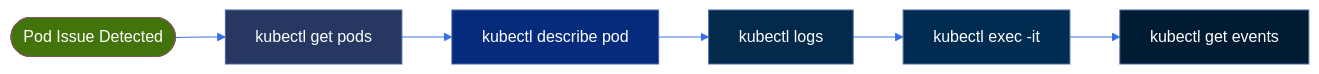
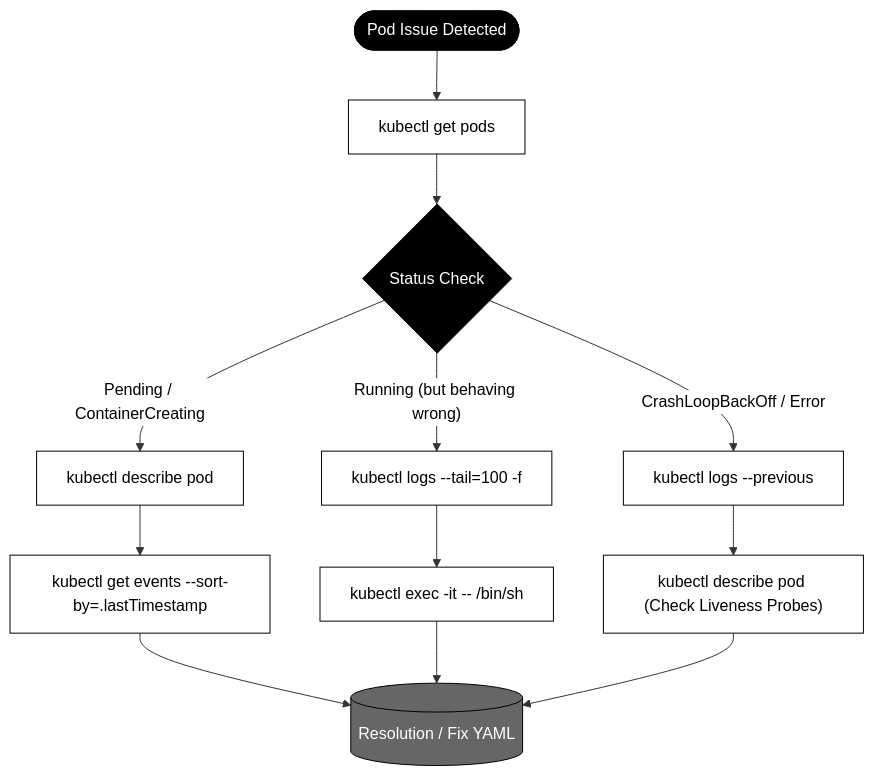
One commit to Aravind-devops-1/devops_ganesh changed the diagram in 02-pods-fundamentals/2.9_pod-debugging-basics.md. Above: the diagram before and after it, drawn with Mermaid.

````diff
--- a/02-pods-fundamentals/2.9_pod-debugging-basics.md
+++ b/02-pods-fundamentals/2.9_pod-debugging-basics.md
@@ -173,21 +173,28 @@
 ```mermaid
-%%{init: {'theme': 'base', 'themeVariables': { 'curve': 'basis', 'primaryColor': '#376ee6ff', 'lineColor': '#376ee6ff', 'tertiaryColor': '#376ee6ff' }}}%%
-graph LR
-    Start([Pod Issue Detected]) --> Get[kubectl get pods]
-    
-    Get --> Describe[kubectl describe pod]
-    
-    Describe --> Logs[kubectl logs]
-    
-    Logs --> Exec[kubectl exec -it]
-    
-    Exec --> Events[kubectl get events]
+%%{init: {'theme': 'base', 'themeVariables': { 'primaryColor': '#ffffff', 'primaryTextColor': '#000000', 'primaryBorderColor': '#000000', 'lineColor': '#333333' }}}%%
+graph TD
+    %% Entry Point
+    A([Pod Issue Detected]) --> B["kubectl get pods"]
 
-    %% Styling
-    style Start fill:#43740bff,color:#fff,stroke:#835858ff
-    style Get fill:#263861ff,color:#fff
-    style Describe fill:#062b7cff,color:#fff
-    style Logs fill:#03294bff,color:#fff
-    style Exec fill:#012c52ff,color:#fff
-    style Events fill:#011b33ff,color:#fff
+    %% Decision Point
+    B --> C{Status Check}
+
+    %% Branching Logic
+    C -- "Pending / ContainerCreating" --> D["kubectl describe pod"]
+    D --> E["kubectl get events --sort-by=.lastTimestamp"]
+
+    C -- "Running (but behaving wrong)" --> F["kubectl logs --tail=100 -f"]
+    F --> G["kubectl exec -it -- /bin/sh"]
+
+    C -- "CrashLoopBackOff / Error" --> H["kubectl logs --previous"]
+    H --> I["kubectl describe pod (Check Liveness Probes)"]
+
+    %% Final Troubleshooting
+    E & G & I --> J[("Resolution / Fix YAML")]
+
+    %% Minimalist Styling
+    style A fill:#000,color:#fff,stroke:#000
+    style B fill:#fff,color:#000,stroke:#000
+    style C fill:#000,color:#fff,stroke:#000
+    style J fill:#666,color:#fff,stroke:#000
 ```
````
